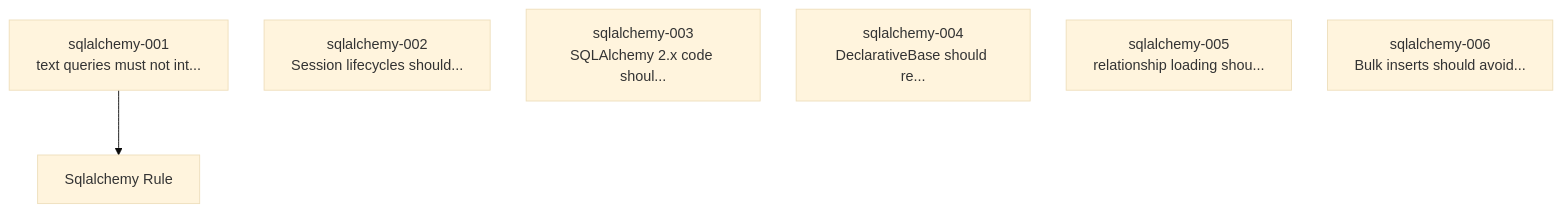
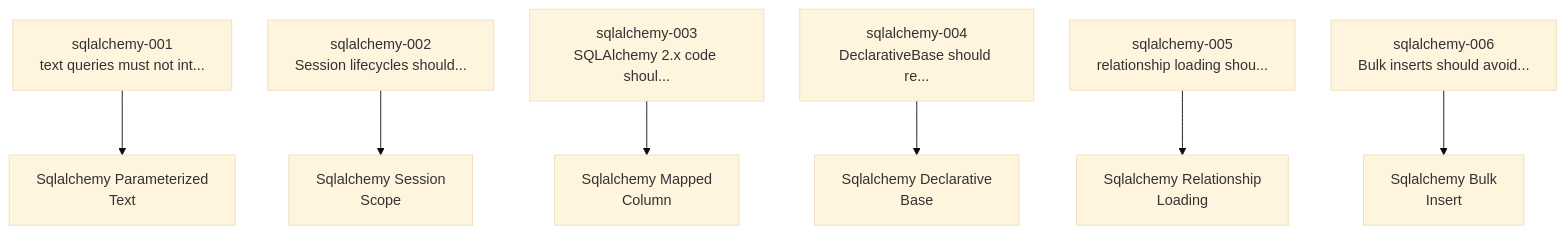
One commit to Anselmoo/mcp-zen-of-languages changed the first of 4 diagrams in docs/user-guide/frameworks/sqlalchemy.md. Above: the diagram before and after it, drawn with Mermaid. The commit also changed other lines of this file and 41 other files, not shown here.

````diff
--- a/docs/user-guide/frameworks/sqlalchemy.md
+++ b/docs/user-guide/frameworks/sqlalchemy.md
@@ -137,12 +157,22 @@
     ```mermaid
     %%{init: {"theme": "base", "flowchart": {"useMaxWidth": false, "htmlLabels": true, "nodeSpacing": 40, "rankSpacing": 60}}}%%
     graph TD
     sqlalchemy_001["sqlalchemy-001<br/>text queries must not int..."]
     sqlalchemy_002["sqlalchemy-002<br/>Session lifecycles should..."]
     sqlalchemy_003["sqlalchemy-003<br/>SQLAlchemy 2.x code shoul..."]
     sqlalchemy_004["sqlalchemy-004<br/>DeclarativeBase should re..."]
     sqlalchemy_005["sqlalchemy-005<br/>relationship loading shou..."]
     sqlalchemy_006["sqlalchemy-006<br/>Bulk inserts should avoid..."]
-    det_SqlalchemyRuleDetector["Sqlalchemy Rule"]
-    sqlalchemy_001 --> det_SqlalchemyRuleDetector
+    det_SqlalchemyBulkInsertDetector["Sqlalchemy Bulk<br/>Insert"]
+    sqlalchemy_006 --> det_SqlalchemyBulkInsertDetector
+    det_SqlalchemyDeclarativeBaseDetector["Sqlalchemy Declarative<br/>Base"]
+    sqlalchemy_004 --> det_SqlalchemyDeclarativeBaseDetector
+    det_SqlalchemyMappedColumnDetector["Sqlalchemy Mapped<br/>Column"]
+    sqlalchemy_003 --> det_SqlalchemyMappedColumnDetector
+    det_SqlalchemyParameterizedTextDetector["Sqlalchemy Parameterized<br/>Text"]
+    sqlalchemy_001 --> det_SqlalchemyParameterizedTextDetector
+    det_SqlalchemyRelationshipLoadingDetector["Sqlalchemy Relationship<br/>Loading"]
+    sqlalchemy_005 --> det_SqlalchemyRelationshipLoadingDetector
+    det_SqlalchemySessionScopeDetector["Sqlalchemy Session<br/>Scope"]
+    sqlalchemy_002 --> det_SqlalchemySessionScopeDetector
     ```
````
